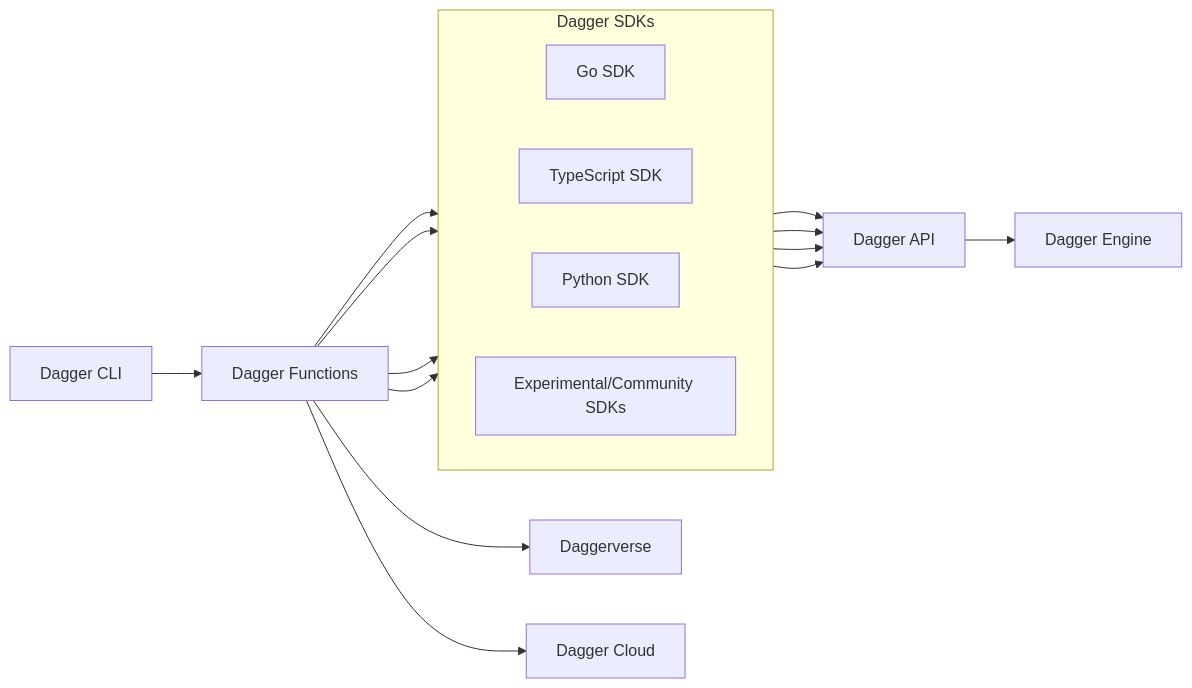
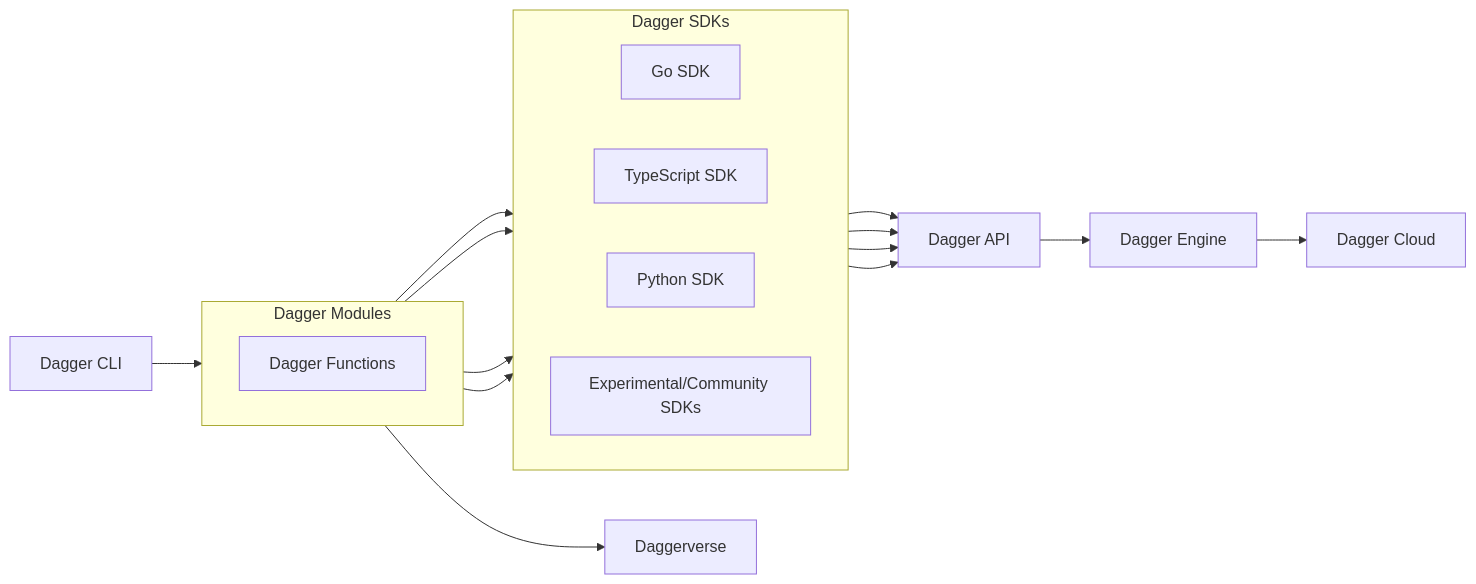
One commit to dagger/dagger changed the diagram in docs/current_docs/partials/_components.mdx. Above: the diagram before and after it, drawn with Mermaid. The commit also changed 2 other files, not shown here.

Commit message:
Update diagram

````diff
--- a/docs/current_docs/partials/_components.mdx
+++ b/docs/current_docs/partials/_components.mdx
@@ -1,25 +1,30 @@
 ```mermaid
 graph LR
-    A[Dagger CLI] --> B[Dagger Functions]
+    A[Dagger CLI] --> B
     D --> E[Dagger Engine]
     B --> F[Daggerverse]
-    B --> G[Dagger Cloud]
+    E --> G[Dagger Cloud]
+
+    subgraph B[Dagger Modules]
+      direction LR
+      N[Dagger Functions]
+    end
 
     subgraph C[Dagger SDKs]
       direction LR
       H[Go SDK]
       I[TypeScript SDK]
       J[Python SDK]
       K[Experimental/Community SDKs]
     end
 
     B --> H
     B --> I
     B --> J
     B --> K
 
     H --> D[Dagger API]
     I --> D
     J --> D
     K --> D
 ```
````
